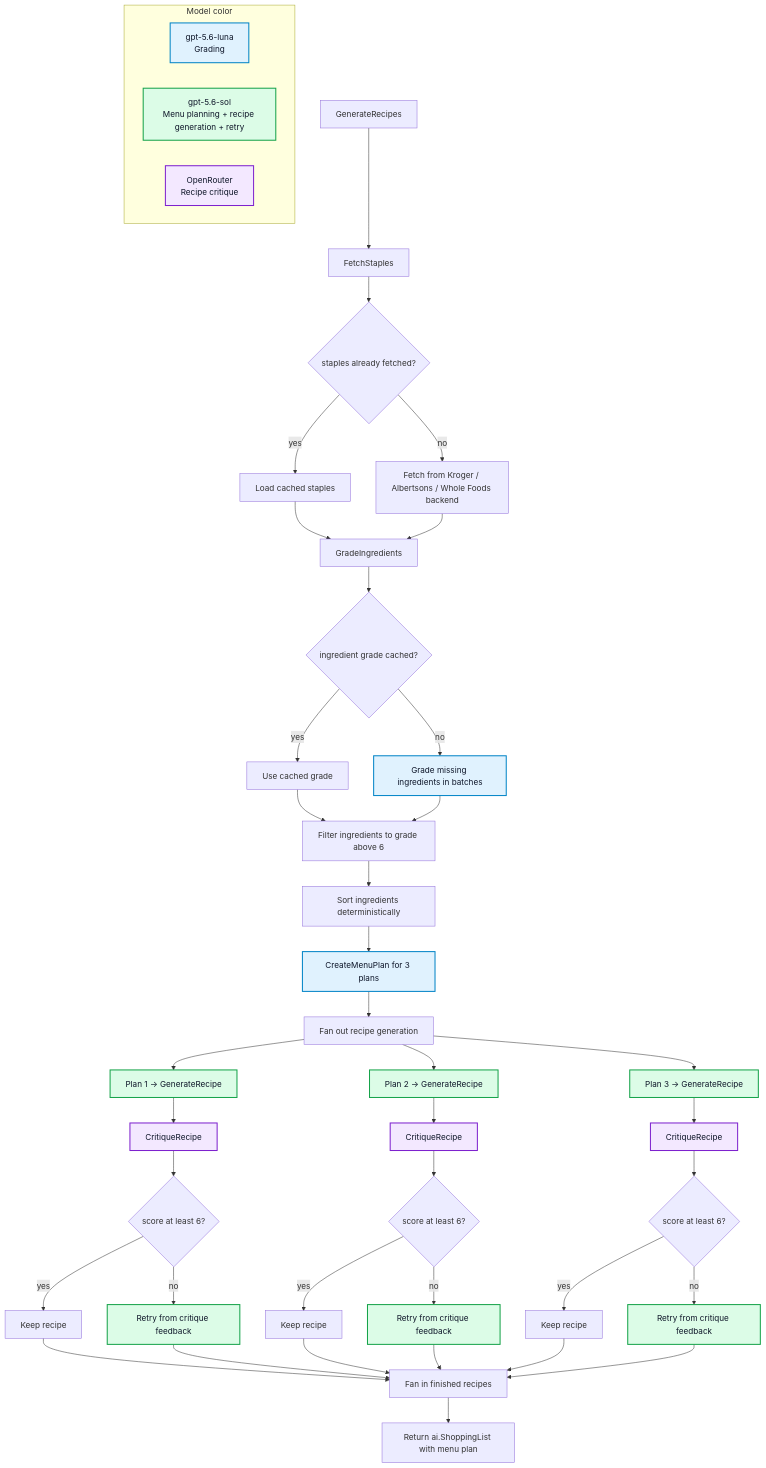
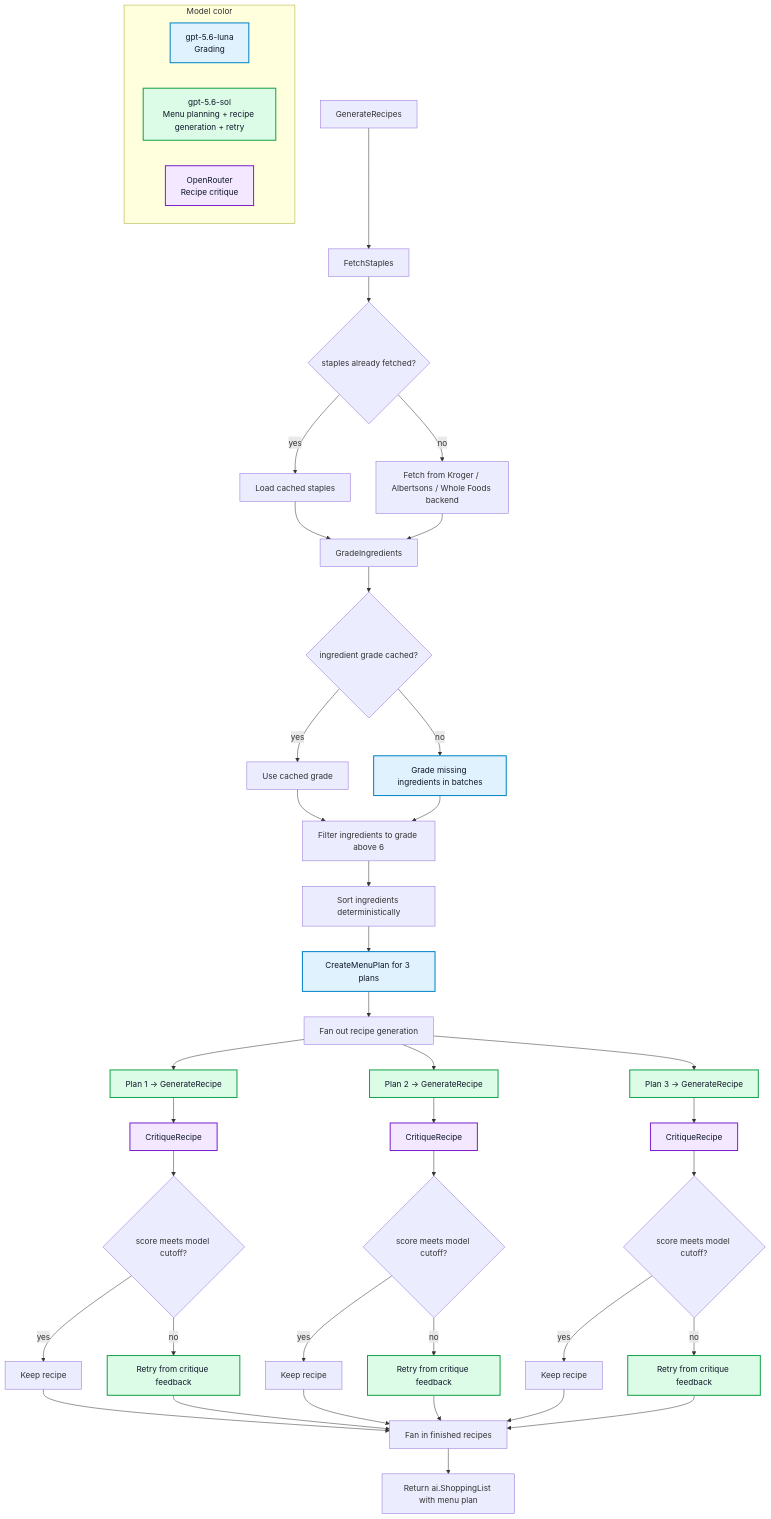
Before and after one commit to paulgmiller/careme: the diagram in docs/recipe-generation-walkthrough.md, drawn with Mermaid. The commit also changed 4 other files, not shown here.

````diff
--- a/docs/recipe-generation-walkthrough.md
+++ b/docs/recipe-generation-walkthrough.md
@@ -7,62 +7,62 @@
 ```mermaid
 flowchart TD
     subgraph Legend["Model color"]
         MiniLegend["gpt-5.6-luna<br/>Grading"]
         GPT5Legend["gpt-5.6-sol<br/>Menu planning + recipe generation + retry"]
         OpenRouterLegend["OpenRouter<br/>Recipe critique"]
     end
 
     A["GenerateRecipes"] --> B["FetchStaples"]
     B --> C{"staples already fetched?"}
     C -- "yes" --> D["Load cached staples"]
     C -- "no" --> E["Fetch from Kroger / Albertsons / Whole Foods backend"]
     E --> G["GradeIngredients"]
     D --> G
 
     G --> H{"ingredient grade cached?"}
     H -- "yes" --> I["Use cached grade"]
     H -- "no" --> J["Grade missing ingredients in batches"]
     I --> L["Filter ingredients to grade above 6"]
     J --> L
 
     L --> M["Sort ingredients deterministically"]
     M --> N["CreateMenuPlan for 3 plans"]
     N --> O["Fan out recipe generation"]
 
     O --> P1["Plan 1 -> GenerateRecipe"]
     O --> P2["Plan 2 -> GenerateRecipe"]
     O --> P3["Plan 3 -> GenerateRecipe"]
 
     P1 --> R1["CritiqueRecipe"]
     P2 --> R2["CritiqueRecipe"]
     P3 --> R3["CritiqueRecipe"]
 
-    R1 --> S1{"score at least 6?"}
-    R2 --> S2{"score at least 6?"}
-    R3 --> S3{"score at least 6?"}
+    R1 --> S1{"score meets model cutoff?"}
+    R2 --> S2{"score meets model cutoff?"}
+    R3 --> S3{"score meets model cutoff?"}
 
     S1 -- "yes" --> T1["Keep recipe"]
     S2 -- "yes" --> T2["Keep recipe"]
     S3 -- "yes" --> T3["Keep recipe"]
 
     S1 -- "no" --> U1["Retry from critique feedback"]
     S2 -- "no" --> U2["Retry from critique feedback"]
     S3 -- "no" --> U3["Retry from critique feedback"]
 
     T1 --> W["Fan in finished recipes"]
     T2 --> W
     T3 --> W
     U1 --> W
     U2 --> W
     U3 --> W
 
     W --> X["Return ai.ShoppingList with menu plan"]
 
     classDef mini fill:#e0f2fe,stroke:#0284c7,color:#0f172a,stroke-width:2px
     classDef gpt5 fill:#dcfce7,stroke:#16a34a,color:#0f172a,stroke-width:2px
     classDef openrouter fill:#f3e8ff,stroke:#7e22ce,color:#0f172a,stroke-width:2px
 
     class MiniLegend,J,N mini
     class GPT5Legend,P1,P2,P3,U1,U2,U3 gpt5
     class OpenRouterLegend,R1,R2,R3 openrouter
 ```
````
